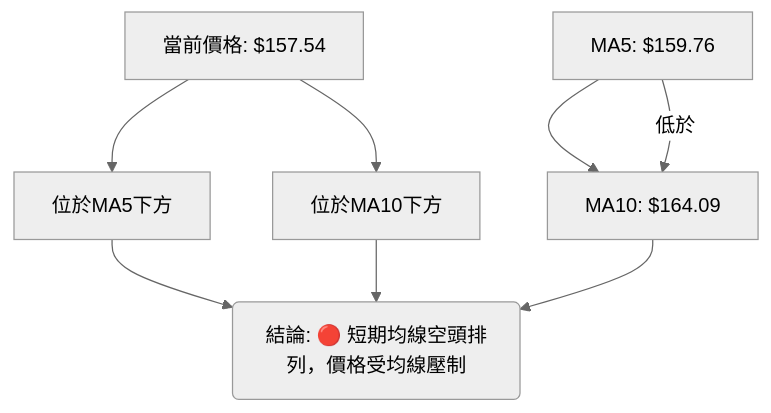
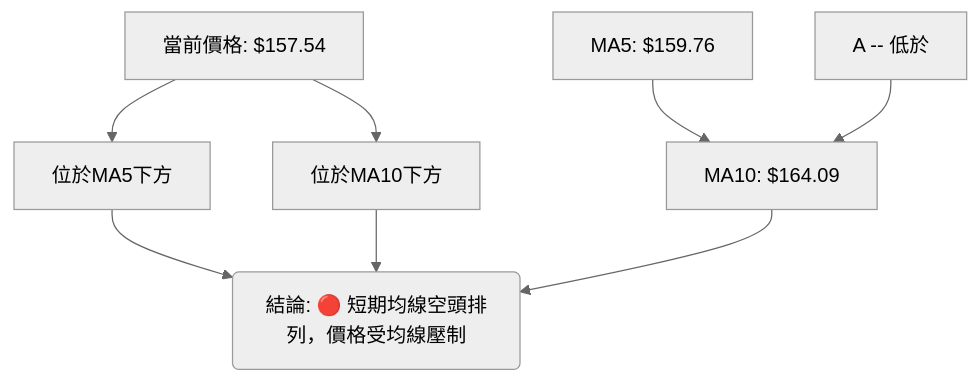
The seventh of 11 diagrams in ai_gen_report/stock/spcx/technical_analysis_2026-07-02_gemini.md (yennanliu/finance_data), drawn with Mermaid (neutral theme) before and after one commit. The commit also changed other lines of this file and 2258 other files, not shown here.

First line of the commit message:
chore: backfill Mermaid syntax repair across existing reports

````diff
--- a/ai_gen_report/stock/spcx/technical_analysis_2026-07-02_gemini.md
+++ b/ai_gen_report/stock/spcx/technical_analysis_2026-07-02_gemini.md
@@ -394,8 +394,8 @@
 ```mermaid
 graph TD
-    A[MA5: $159.76] --> B[MA10: $164.09]
-    A -- 低於 --> B
-    C[當前價格: $157.54] --> D[位於MA5下方]
-    C --> E[位於MA10下方]
-    D & E & B --> F(結論: 🔴 短期均線空頭排列，價格受均線壓制)
+    A["MA5: $159.76"] --> B["MA10: $164.09"]
+    nb1["A -- 低於"] --> B
+    C["當前價格: $157.54"] --> D["位於MA5下方"]
+    C --> E["位於MA10下方"]
+    D & E & B --> F("結論: 🔴 短期均線空頭排列，價格受均線壓制")
 ```
````
